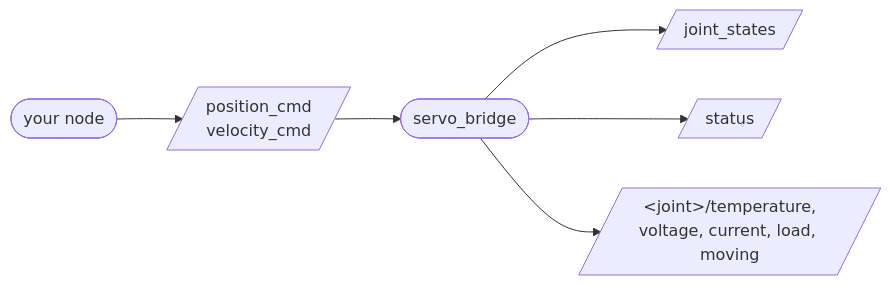
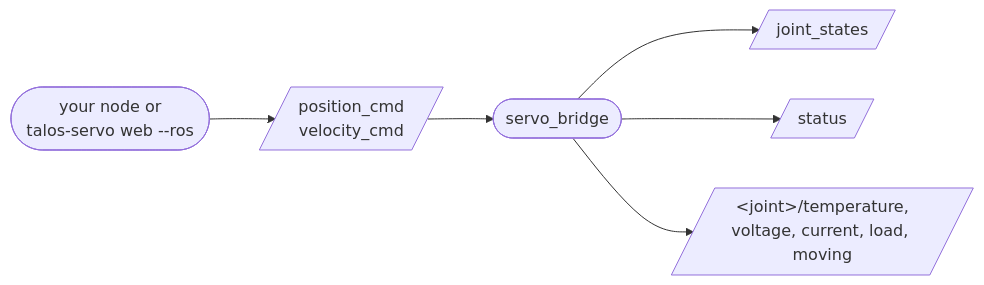
One commit to Annnnya/talos_hack changed the fourth of 4 diagrams in README.md. Above: the diagram before and after it, drawn with Mermaid. The commit also changed other lines of this file, not shown here.

Commit message:
docs: describe the web ui over ros and update the architecture diagrams

````diff
--- a/README.md
+++ b/README.md
@@ -95,10 +103,10 @@
 ```mermaid
 flowchart LR
   accTitle: servo_bridge topics
-  accDescr: your node sends position or velocity commands to servo_bridge, which publishes joint readouts
-  you(["your node"]) --> cmd[/"position_cmd<br/>velocity_cmd"/]
+  accDescr: your node or the web server in --ros mode sends position or velocity commands to servo_bridge, which publishes joint readouts
+  you(["your node or<br/>talos-servo web --ros"]) --> cmd[/"position_cmd<br/>velocity_cmd"/]
   cmd --> bridge(["servo_bridge"])
   bridge --> js[/"joint_states"/]
   bridge --> status[/"status"/]
   bridge --> num[/"#lt;joint#gt;/temperature,<br/>voltage, current, load, moving"/]
 ```
````
